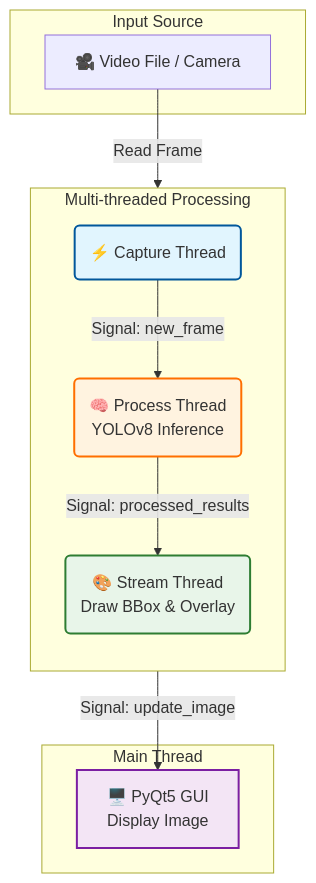
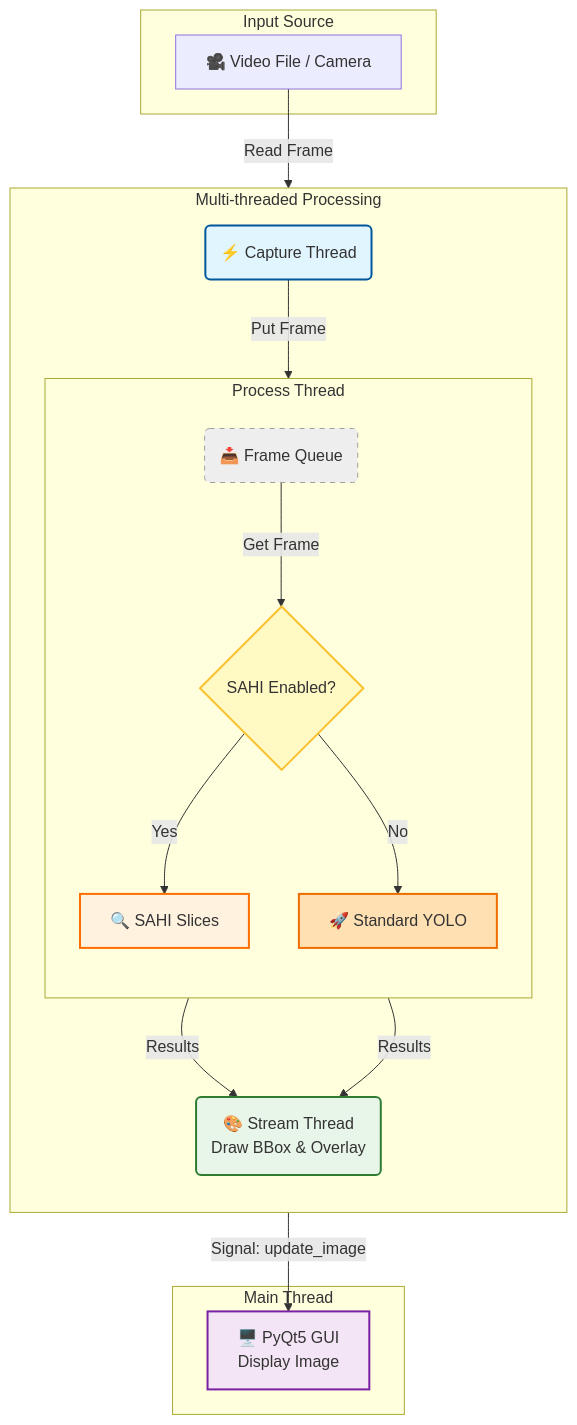
Before and after one commit to ntd237/detect_person_26022025: the diagram in README.md, drawn with Mermaid.

Commit message:
Update README Mermaid Diagram

````diff
--- a/README.md
+++ b/README.md
@@ -76,27 +76,42 @@
 ```mermaid
 graph TD
     subgraph Input [Input Source]
         Video[🎥 Video File / Camera]
     end
 
     subgraph Threads [Multi-threaded Processing]
         direction TB
         Capture(⚡ Capture Thread)
-        Process(🧠 Process Thread<br/>YOLOv8 Inference)
+        
+        subgraph Process_Logic [Process Thread]
+            direction TB
+            InputQueue(📥 Frame Queue)
+            CheckMode{SAHI Enabled?}
+            YOLO[🚀 Standard YOLO]
+            SAHI[🔍 SAHI Slices]
+        end
+        
         Stream(🎨 Stream Thread<br/>Draw BBox & Overlay)
     end
 
     subgraph Output [Main Thread]
         GUI[🖥️ PyQt5 GUI<br/>Display Image]
     end
 
     Video -->|Read Frame| Capture
-    Capture -->|Signal: new_frame| Process
-    Process -->|Signal: processed_results| Stream
+    Capture -->|Put Frame| InputQueue
+    InputQueue -->|Get Frame| CheckMode
+    CheckMode -->|Yes| SAHI
+    CheckMode -->|No| YOLO
+    SAHI -->|Results| Stream
+    YOLO -->|Results| Stream
     Stream -->|Signal: update_image| GUI
 
     style Capture fill:#e1f5fe,stroke:#01579b,stroke-width:2px
-    style Process fill:#fff3e0,stroke:#ff6f00,stroke-width:2px
     style Stream fill:#e8f5e9,stroke:#2e7d32,stroke-width:2px
     style GUI fill:#f3e5f5,stroke:#7b1fa2,stroke-width:2px
+    style CheckMode fill:#fff9c4,stroke:#fbc02d,stroke-width:2px
+    style SAHI fill:#fff3e0,stroke:#ff6f00,stroke-width:2px
+    style YOLO fill:#ffe0b2,stroke:#ef6c00,stroke-width:2px
+    style InputQueue fill:#eeeeee,stroke:#9e9e9e,stroke-width:1px,stroke-dasharray: 5 5
 ```
````
